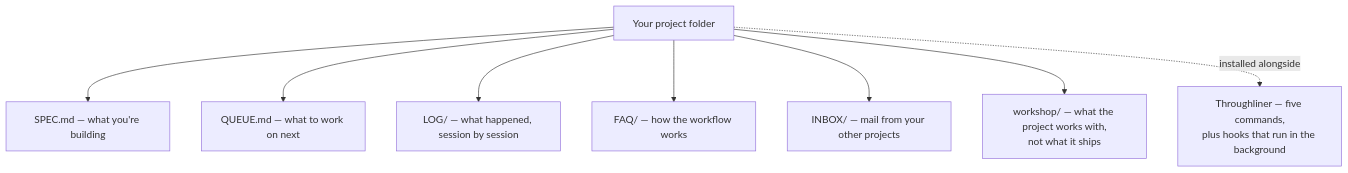
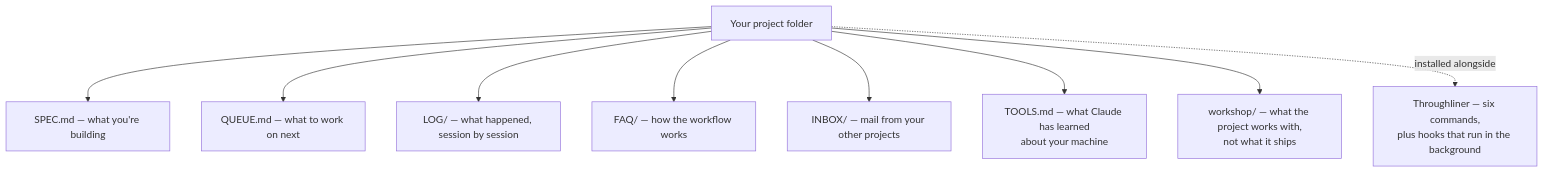
The first of 3 diagrams in README.md (FlintcraftTech/throughliner), drawn with Mermaid before and after one commit. The commit also changed other lines of this file and 39 other files, not shown here.

````diff
--- a/README.md
+++ b/README.md
@@ -52,11 +55,12 @@
 ```mermaid
 graph TD
     P["Your project folder"]
     P --> S["SPEC.md — what you're building"]
     P --> Q["QUEUE.md — what to work on next"]
     P --> L["LOG/ — what happened, session by session"]
     P --> F["FAQ/ — how the workflow works"]
     P --> I["INBOX/ — mail from your other projects"]
+    P --> T2["TOOLS.md — what Claude has learned<br/>about your machine"]
     P --> W["workshop/ — what the project works with,<br/>not what it ships"]
-    P -.->|installed alongside| T["Throughliner — five commands,<br/>plus hooks that run in the background"]
+    P -.->|installed alongside| T["Throughliner — six commands,<br/>plus hooks that run in the background"]
 ```
````
